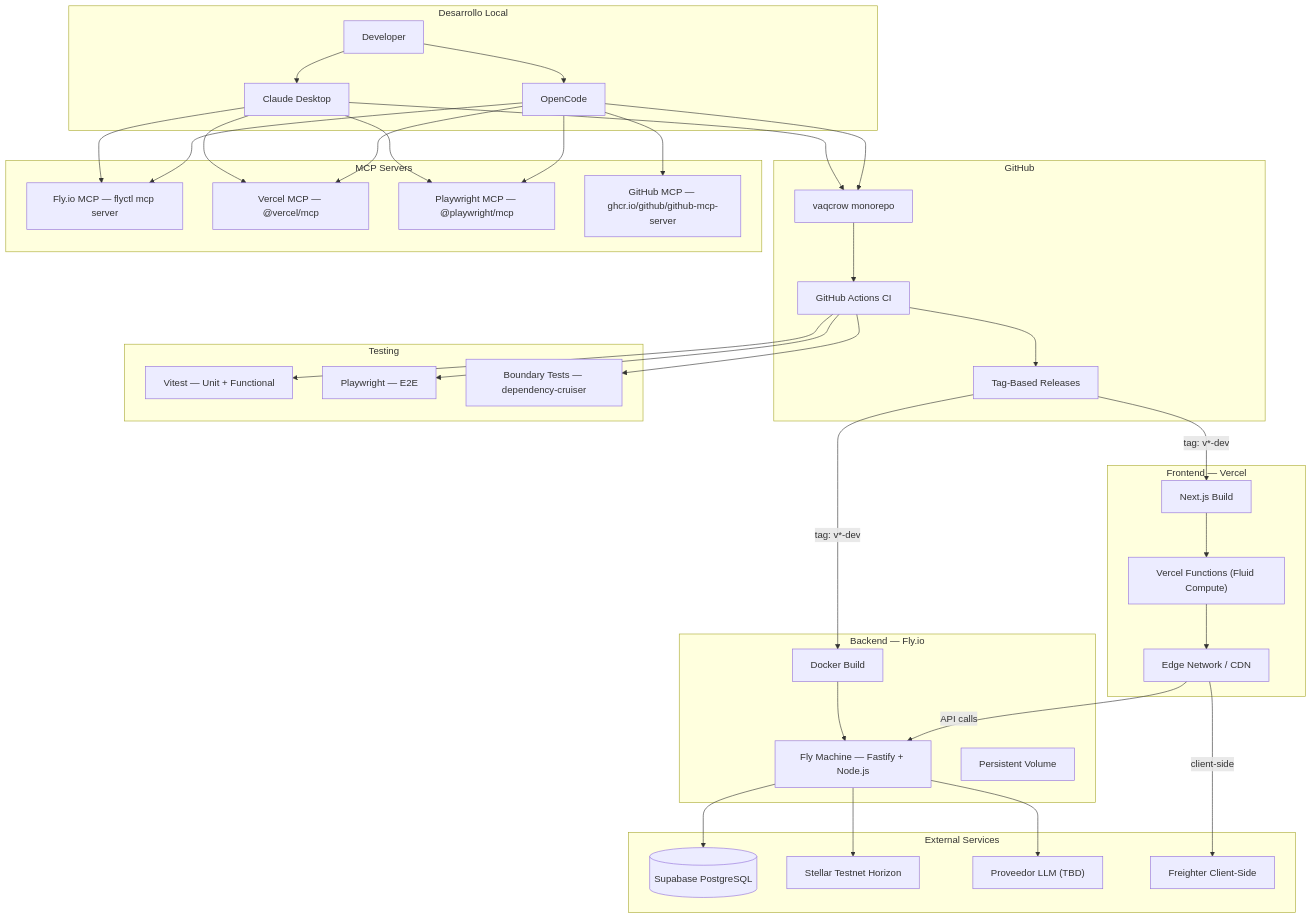
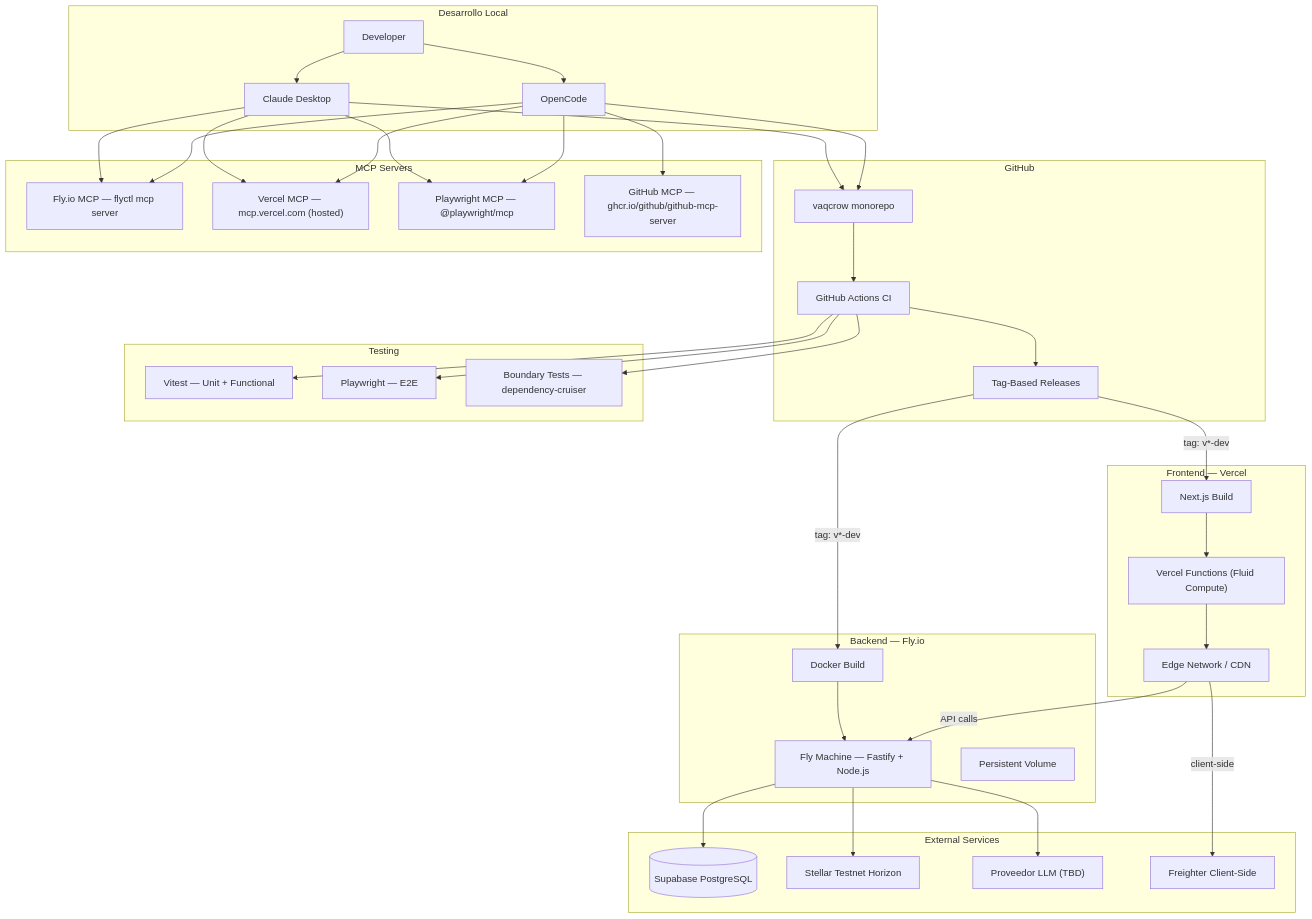
The first of 3 diagrams in docs/architecture/deploy-planning.md (reyduar/Vaqcrow), drawn with Mermaid before and after one commit. The commit also changed other lines of this file and 2 other files, not shown here.

First line of the commit message:
docs: add Vercel MCP, and expand CLAUDE.md with workflow conventions

````diff
--- a/docs/architecture/deploy-planning.md
+++ b/docs/architecture/deploy-planning.md
@@ -38,82 +38,82 @@
 ```mermaid
 graph TB
     subgraph "Desarrollo Local"
         DEV[Developer]
         OC[OpenCode]
         CD[Claude Desktop]
     end
 
     subgraph "GitHub"
         REPO[vaqcrow monorepo]
         CI[GitHub Actions CI]
         TAGS[Tag-Based Releases]
     end
 
     subgraph "Frontend — Vercel"
         WEB_BUILD[Next.js Build]
         WEB_DEPLOY["Vercel Functions (Fluid Compute)"]
         WEB_CDN[Edge Network / CDN]
     end
 
     subgraph "Backend — Fly.io"
         API_DOCKER[Docker Build]
         API_FLY["Fly Machine — Fastify + Node.js"]
         API_VOL[Persistent Volume]
     end
 
     subgraph "External Services"
         SUPABASE[(Supabase PostgreSQL)]
         STELLAR["Stellar Testnet Horizon"]
         LLM["Proveedor LLM (TBD)"]
         FREIGHTER[Freighter Client-Side]
     end
 
     subgraph "MCP Servers"
         FLY_MCP["Fly.io MCP — flyctl mcp server"]
-        VERCEL_MCP["Vercel MCP — @vercel/mcp"]
+        VERCEL_MCP["Vercel MCP — mcp.vercel.com (hosted)"]
         PW_MCP["Playwright MCP — @playwright/mcp"]
         GH_MCP["GitHub MCP — ghcr.io/github/github-mcp-server"]
     end
 
     subgraph "Testing"
         UNIT["Vitest — Unit + Functional"]
         E2E["Playwright — E2E"]
         BOUNDARY["Boundary Tests — dependency-cruiser"]
     end
 
     DEV --> OC
     DEV --> CD
 
     OC --> REPO
     CD --> REPO
 
     REPO --> CI
     CI --> TAGS
 
     TAGS -->|tag: v*-dev| WEB_BUILD
     TAGS -->|tag: v*-dev| API_DOCKER
 
     WEB_BUILD --> WEB_DEPLOY
     WEB_DEPLOY --> WEB_CDN
     WEB_CDN -->|API calls| API_FLY
 
     API_DOCKER --> API_FLY
     API_FLY --> SUPABASE
     API_FLY --> STELLAR
     API_FLY --> LLM
 
     WEB_CDN -->|client-side| FREIGHTER
 
     OC --> FLY_MCP
     OC --> VERCEL_MCP
     OC --> PW_MCP
     OC --> GH_MCP
 
     CD --> FLY_MCP
     CD --> VERCEL_MCP
     CD --> PW_MCP
 
     CI --> UNIT
     CI --> E2E
     CI --> BOUNDARY
 ```
````
